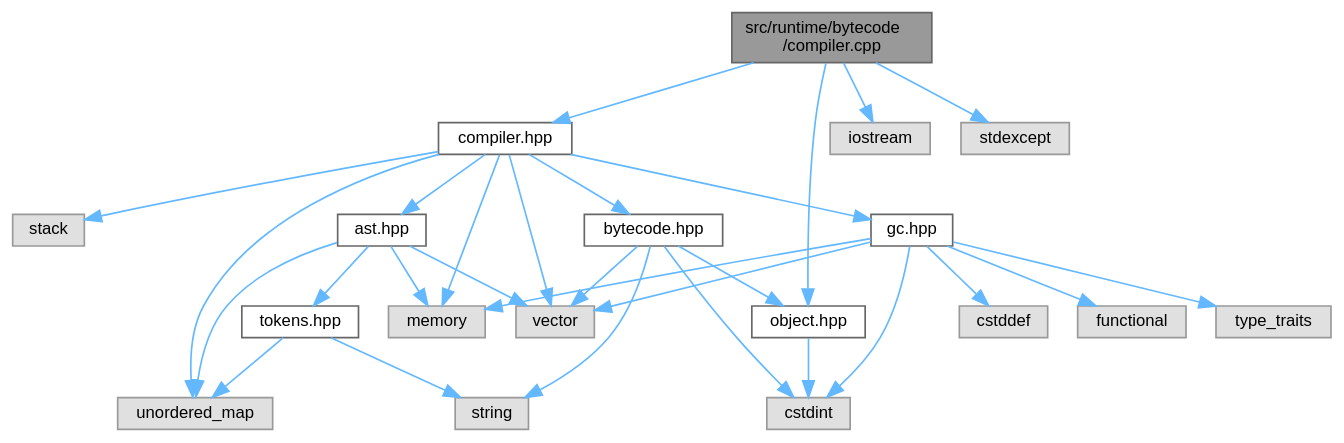
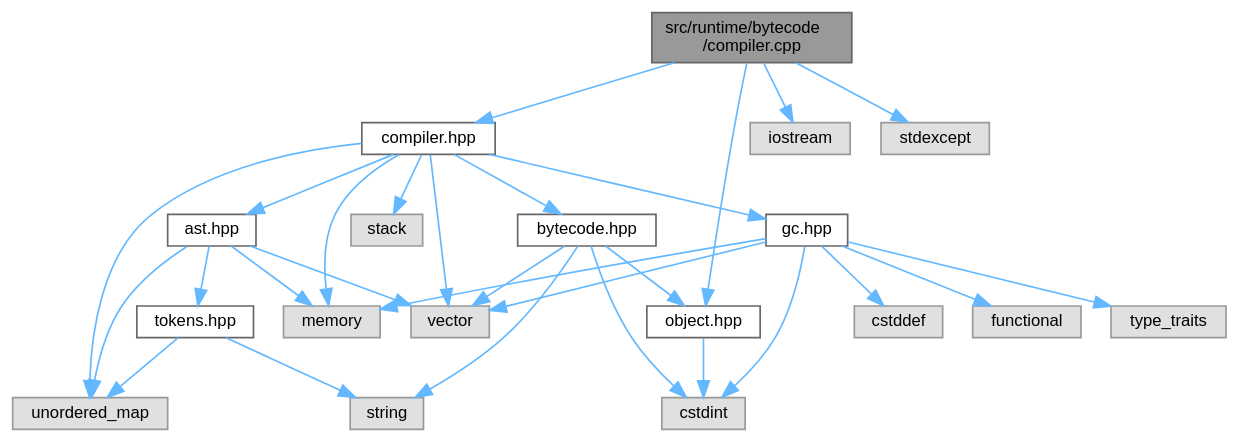
The diagram in pebbl/docs/compiler_8cpp__incl.dot (kejunp/kejunp.github.io), drawn with Graphviz before and after one commit. The commit also changed 19 other files, not shown here.

```diff
--- a/pebbl/docs/compiler_8cpp__incl.dot
+++ b/pebbl/docs/compiler_8cpp__incl.dot
@@ -1,53 +1,53 @@
 digraph "src/runtime/bytecode/compiler.cpp"
 {
  // LATEX_PDF_SIZE
   bgcolor="transparent";
   edge [fontname=Helvetica,fontsize=10,labelfontname=Helvetica,labelfontsize=10];
   node [fontname=Helvetica,fontsize=10,shape=box,height=0.2,width=0.4];
   Node1 [id="Node000001",label="src/runtime/bytecode\l/compiler.cpp",height=0.2,width=0.4,color="gray40", fillcolor="grey60", style="filled", fontcolor="black",tooltip="Implementation of the AST to bytecode compiler."];
   Node1 -> Node2 [id="edge1_Node000001_Node000002",color="steelblue1",style="solid",tooltip=" "];
   Node2 [id="Node000002",label="compiler.hpp",height=0.2,width=0.4,color="grey40", fillcolor="white", style="filled",URL="$compiler_8hpp.html",tooltip="AST to bytecode compiler for the PEBBL language."];
   Node2 -> Node3 [id="edge2_Node000002_Node000003",color="steelblue1",style="solid",tooltip=" "];
   Node3 [id="Node000003",label="memory",height=0.2,width=0.4,color="grey60", fillcolor="#E0E0E0", style="filled",tooltip=" "];
   Node2 -> Node4 [id="edge3_Node000002_Node000004",color="steelblue1",style="solid",tooltip=" "];
-  Node4 [id="Node000004",label="unordered_map",height=0.2,width=0.4,color="grey60", fillcolor="#E0E0E0", style="filled",tooltip=" "];
+  Node4 [id="Node000004",label="stack",height=0.2,width=0.4,color="grey60", fillcolor="#E0E0E0", style="filled",tooltip=" "];
   Node2 -> Node5 [id="edge4_Node000002_Node000005",color="steelblue1",style="solid",tooltip=" "];
-  Node5 [id="Node000005",label="vector",height=0.2,width=0.4,color="grey60", fillcolor="#E0E0E0", style="filled",tooltip=" "];
+  Node5 [id="Node000005",label="unordered_map",height=0.2,width=0.4,color="grey60", fillcolor="#E0E0E0", style="filled",tooltip=" "];
   Node2 -> Node6 [id="edge5_Node000002_Node000006",color="steelblue1",style="solid",tooltip=" "];
-  Node6 [id="Node000006",label="stack",height=0.2,width=0.4,color="grey60", fillcolor="#E0E0E0", style="filled",tooltip=" "];
+  Node6 [id="Node000006",label="vector",height=0.2,width=0.4,color="grey60", fillcolor="#E0E0E0", style="filled",tooltip=" "];
   Node2 -> Node7 [id="edge6_Node000002_Node000007",color="steelblue1",style="solid",tooltip=" "];
-  Node7 [id="Node000007",label="bytecode.hpp",height=0.2,width=0.4,color="grey40", fillcolor="white", style="filled",URL="$bytecode_8hpp.html",tooltip="Bytecode instruction definitions and data structures for the PEBBL virtual machine."];
-  Node7 -> Node8 [id="edge7_Node000007_Node000008",color="steelblue1",style="solid",tooltip=" "];
-  Node8 [id="Node000008",label="cstdint",height=0.2,width=0.4,color="grey60", fillcolor="#E0E0E0", style="filled",tooltip=" "];
+  Node7 [id="Node000007",label="ast.hpp",height=0.2,width=0.4,color="grey40", fillcolor="white", style="filled",URL="$ast_8hpp.html",tooltip="Abstract Syntax Tree node definitions for the PEBBL language."];
+  Node7 -> Node3 [id="edge7_Node000007_Node000003",color="steelblue1",style="solid",tooltip=" "];
   Node7 -> Node5 [id="edge8_Node000007_Node000005",color="steelblue1",style="solid",tooltip=" "];
-  Node7 -> Node9 [id="edge9_Node000007_Node000009",color="steelblue1",style="solid",tooltip=" "];
+  Node7 -> Node6 [id="edge9_Node000007_Node000006",color="steelblue1",style="solid",tooltip=" "];
+  Node7 -> Node8 [id="edge10_Node000007_Node000008",color="steelblue1",style="solid",tooltip=" "];
+  Node8 [id="Node000008",label="tokens.hpp",height=0.2,width=0.4,color="grey40", fillcolor="white", style="filled",URL="$tokens_8hpp.html",tooltip="Token definitions and utilities for the PEBBL lexer."];
+  Node8 -> Node9 [id="edge11_Node000008_Node000009",color="steelblue1",style="solid",tooltip=" "];
   Node9 [id="Node000009",label="string",height=0.2,width=0.4,color="grey60", fillcolor="#E0E0E0", style="filled",tooltip=" "];
-  Node7 -> Node10 [id="edge10_Node000007_Node000010",color="steelblue1",style="solid",tooltip=" "];
-  Node10 [id="Node000010",label="object.hpp",height=0.2,width=0.4,color="grey40", fillcolor="white", style="filled",URL="$object_8hpp.html",tooltip="Runtime object system using NaN-boxing for efficient value representation."];
-  Node10 -> Node8 [id="edge11_Node000010_Node000008",color="steelblue1",style="solid",tooltip=" "];
-  Node2 -> Node11 [id="edge12_Node000002_Node000011",color="steelblue1",style="solid",tooltip=" "];
-  Node11 [id="Node000011",label="ast.hpp",height=0.2,width=0.4,color="grey40", fillcolor="white", style="filled",URL="$ast_8hpp.html",tooltip="Abstract Syntax Tree node definitions for the PEBBL language."];
-  Node11 -> Node3 [id="edge13_Node000011_Node000003",color="steelblue1",style="solid",tooltip=" "];
-  Node11 -> Node4 [id="edge14_Node000011_Node000004",color="steelblue1",style="solid",tooltip=" "];
-  Node11 -> Node5 [id="edge15_Node000011_Node000005",color="steelblue1",style="solid",tooltip=" "];
-  Node11 -> Node12 [id="edge16_Node000011_Node000012",color="steelblue1",style="solid",tooltip=" "];
-  Node12 [id="Node000012",label="tokens.hpp",height=0.2,width=0.4,color="grey40", fillcolor="white", style="filled",URL="$tokens_8hpp.html",tooltip="Token definitions and utilities for the PEBBL lexer."];
-  Node12 -> Node9 [id="edge17_Node000012_Node000009",color="steelblue1",style="solid",tooltip=" "];
-  Node12 -> Node4 [id="edge18_Node000012_Node000004",color="steelblue1",style="solid",tooltip=" "];
+  Node8 -> Node5 [id="edge12_Node000008_Node000005",color="steelblue1",style="solid",tooltip=" "];
+  Node2 -> Node10 [id="edge13_Node000002_Node000010",color="steelblue1",style="solid",tooltip=" "];
+  Node10 [id="Node000010",label="bytecode.hpp",height=0.2,width=0.4,color="grey40", fillcolor="white", style="filled",URL="$bytecode_8hpp.html",tooltip="Bytecode instruction definitions and data structures for the PEBBL virtual machine."];
+  Node10 -> Node11 [id="edge14_Node000010_Node000011",color="steelblue1",style="solid",tooltip=" "];
+  Node11 [id="Node000011",label="cstdint",height=0.2,width=0.4,color="grey60", fillcolor="#E0E0E0", style="filled",tooltip=" "];
+  Node10 -> Node9 [id="edge15_Node000010_Node000009",color="steelblue1",style="solid",tooltip=" "];
+  Node10 -> Node6 [id="edge16_Node000010_Node000006",color="steelblue1",style="solid",tooltip=" "];
+  Node10 -> Node12 [id="edge17_Node000010_Node000012",color="steelblue1",style="solid",tooltip=" "];
+  Node12 [id="Node000012",label="object.hpp",height=0.2,width=0.4,color="grey40", fillcolor="white", style="filled",URL="$object_8hpp.html",tooltip="Runtime object system using NaN-boxing for efficient value representation."];
+  Node12 -> Node11 [id="edge18_Node000012_Node000011",color="steelblue1",style="solid",tooltip=" "];
   Node2 -> Node13 [id="edge19_Node000002_Node000013",color="steelblue1",style="solid",tooltip=" "];
   Node13 [id="Node000013",label="gc.hpp",height=0.2,width=0.4,color="grey40", fillcolor="white", style="filled",URL="$gc_8hpp.html",tooltip="Garbage collection system for the PEBBL runtime."];
   Node13 -> Node14 [id="edge20_Node000013_Node000014",color="steelblue1",style="solid",tooltip=" "];
   Node14 [id="Node000014",label="cstddef",height=0.2,width=0.4,color="grey60", fillcolor="#E0E0E0", style="filled",tooltip=" "];
-  Node13 -> Node8 [id="edge21_Node000013_Node000008",color="steelblue1",style="solid",tooltip=" "];
+  Node13 -> Node11 [id="edge21_Node000013_Node000011",color="steelblue1",style="solid",tooltip=" "];
   Node13 -> Node15 [id="edge22_Node000013_Node000015",color="steelblue1",style="solid",tooltip=" "];
   Node15 [id="Node000015",label="functional",height=0.2,width=0.4,color="grey60", fillcolor="#E0E0E0", style="filled",tooltip=" "];
   Node13 -> Node3 [id="edge23_Node000013_Node000003",color="steelblue1",style="solid",tooltip=" "];
   Node13 -> Node16 [id="edge24_Node000013_Node000016",color="steelblue1",style="solid",tooltip=" "];
   Node16 [id="Node000016",label="type_traits",height=0.2,width=0.4,color="grey60", fillcolor="#E0E0E0", style="filled",tooltip=" "];
-  Node13 -> Node5 [id="edge25_Node000013_Node000005",color="steelblue1",style="solid",tooltip=" "];
-  Node1 -> Node10 [id="edge26_Node000001_Node000010",color="steelblue1",style="solid",tooltip=" "];
-  Node1 -> Node17 [id="edge27_Node000001_Node000017",color="steelblue1",style="solid",tooltip=" "];
+  Node13 -> Node6 [id="edge25_Node000013_Node000006",color="steelblue1",style="solid",tooltip=" "];
+  Node1 -> Node17 [id="edge26_Node000001_Node000017",color="steelblue1",style="solid",tooltip=" "];
   Node17 [id="Node000017",label="iostream",height=0.2,width=0.4,color="grey60", fillcolor="#E0E0E0", style="filled",tooltip=" "];
-  Node1 -> Node18 [id="edge28_Node000001_Node000018",color="steelblue1",style="solid",tooltip=" "];
+  Node1 -> Node18 [id="edge27_Node000001_Node000018",color="steelblue1",style="solid",tooltip=" "];
   Node18 [id="Node000018",label="stdexcept",height=0.2,width=0.4,color="grey60", fillcolor="#E0E0E0", style="filled",tooltip=" "];
+  Node1 -> Node12 [id="edge28_Node000001_Node000012",color="steelblue1",style="solid",tooltip=" "];
 }
```
